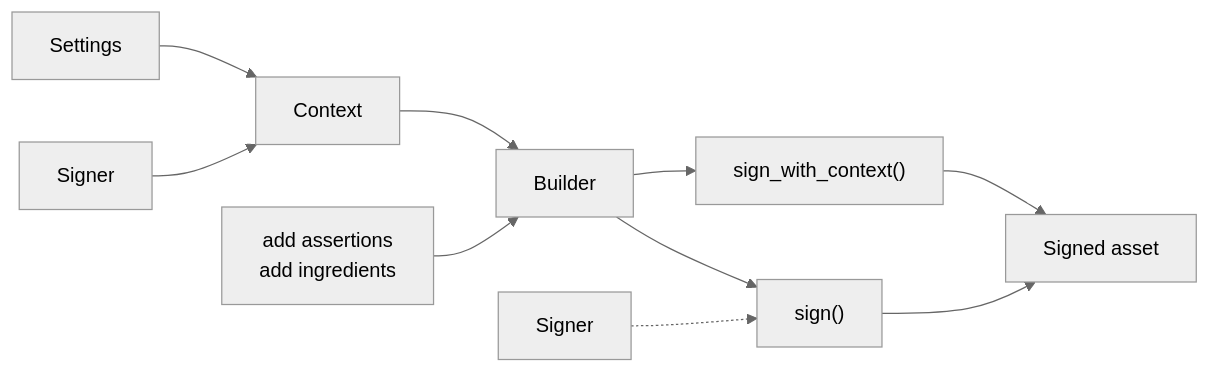
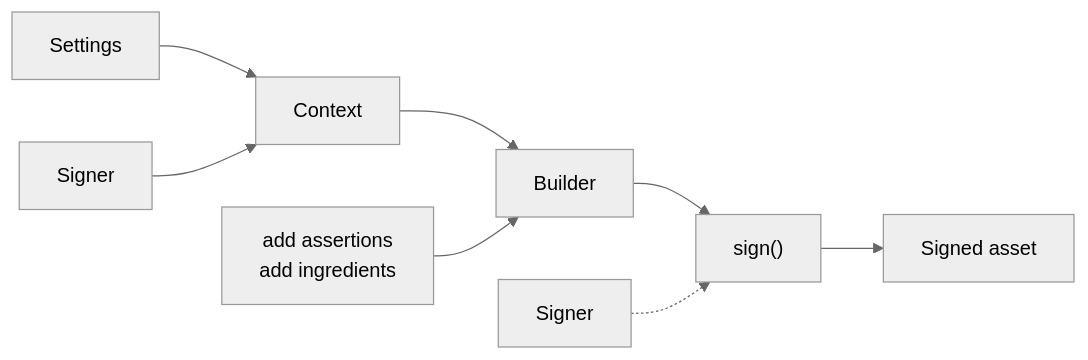
One commit to contentauth/c2pa-python changed the third of 3 diagrams in docs/context.md. Above: the diagram before and after it, drawn with Mermaid (neutral theme). The commit also changed other lines of this file and 5 other files, not shown here.

````diff
--- a/docs/context.md
+++ b/docs/context.md
@@ -187,12 +187,10 @@
 ```mermaid
 flowchart LR
     A["Settings"] --> B["Context"]
     F[Signer] --> B
     B --> C[Builder]
     G["add assertions<br>add ingredients"] --> C
-    C --> D["sign_with_context()"]
+    C --> D["sign()"]
     D --> E[Signed asset]
-    F2[Signer] -.-> D2["sign()"]
-    C --> D2
-    D2 --> E
+    F2[Signer] -.-> D
 ```
````
